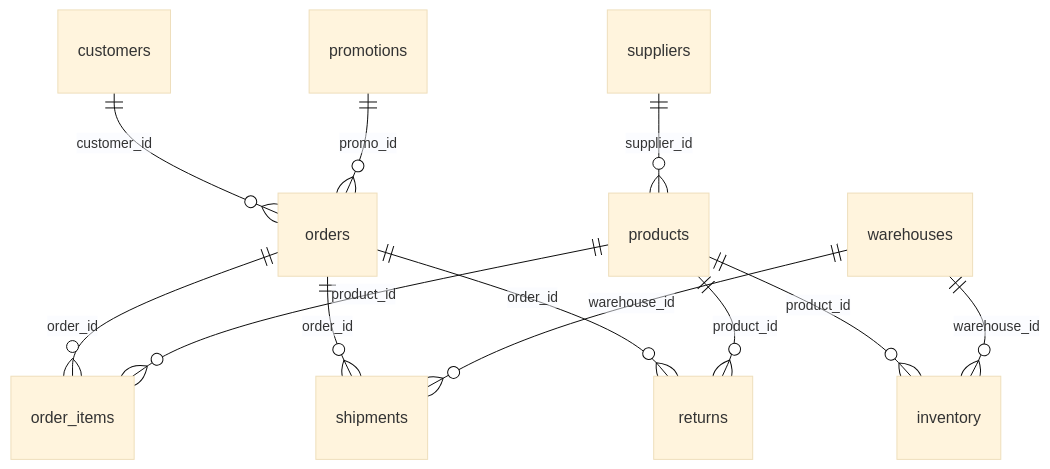
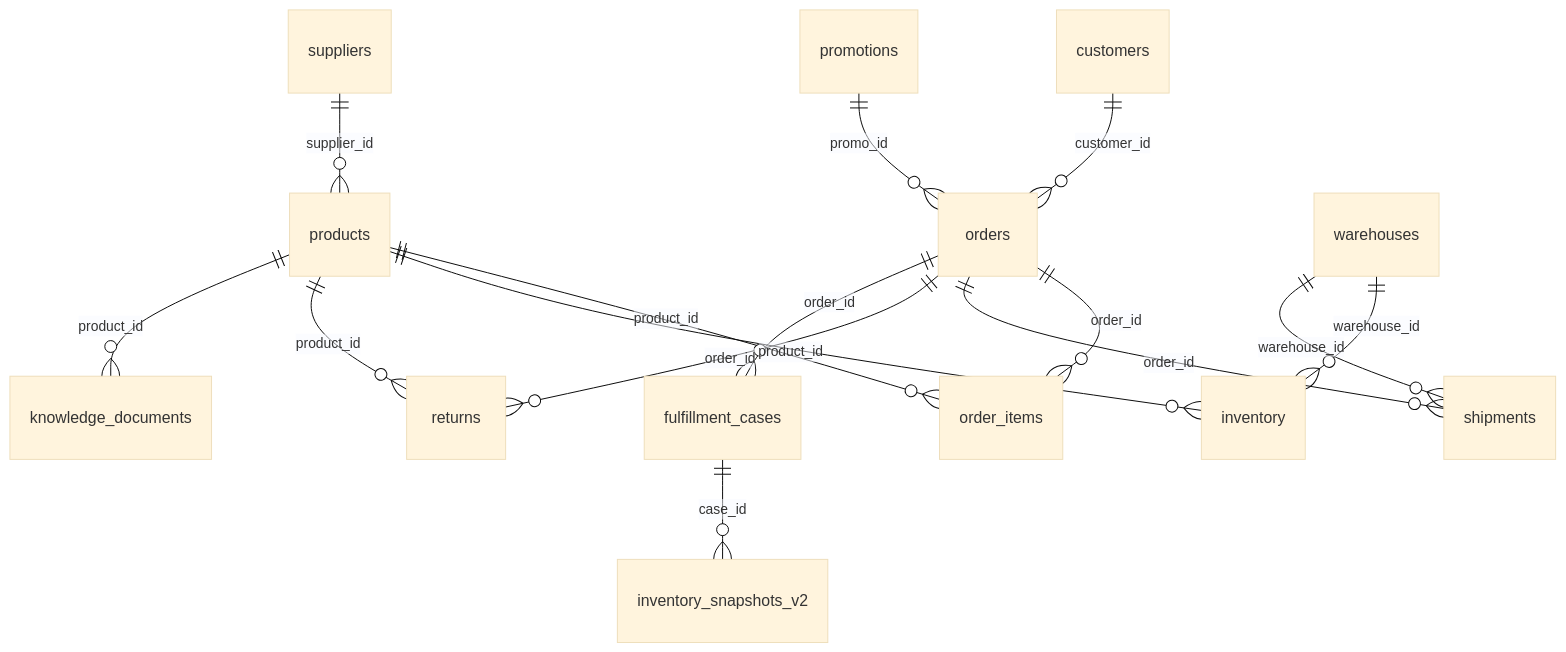
One commit to hungtvb/fiction-retail changed the diagram in docs/SCHEMA.md. Above: the diagram before and after it, drawn with Mermaid (base theme). The commit also changed other lines of this file and 20 other files, not shown here.

````diff
--- a/docs/SCHEMA.md
+++ b/docs/SCHEMA.md
@@ -14,14 +5,17 @@
 ```mermaid
 erDiagram
     customers ||--o{ orders : customer_id
     promotions ||--o{ orders : promo_id
+    suppliers ||--o{ products : supplier_id
+    products ||--o{ order_items : product_id
     orders ||--o{ order_items : order_id
-    products ||--o{ order_items : product_id
-    suppliers ||--o{ products : supplier_id
     products ||--o{ inventory : product_id
     warehouses ||--o{ inventory : warehouse_id
     orders ||--o{ shipments : order_id
     warehouses ||--o{ shipments : warehouse_id
     orders ||--o{ returns : order_id
     products ||--o{ returns : product_id
+    orders ||--o{ fulfillment_cases : order_id
+    fulfillment_cases ||--o{ inventory_snapshots_v2 : case_id
+    products ||--o{ knowledge_documents : product_id
 ```
````
